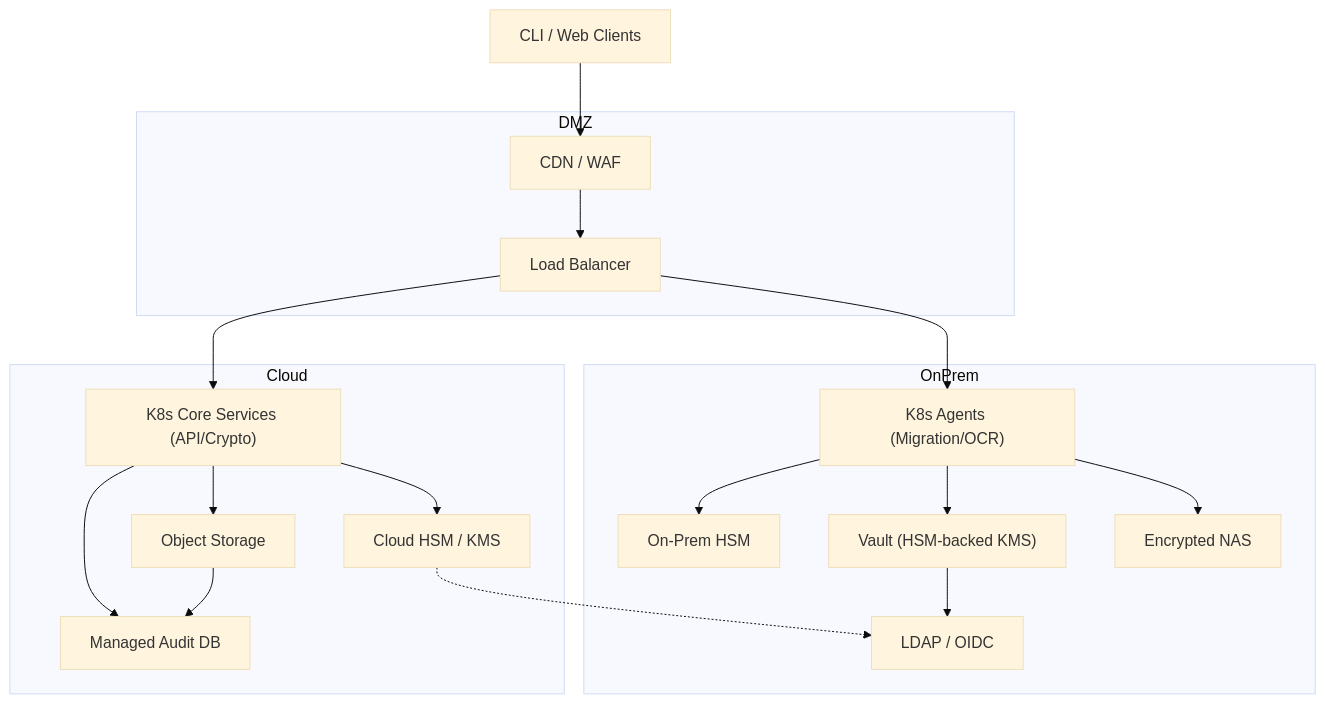
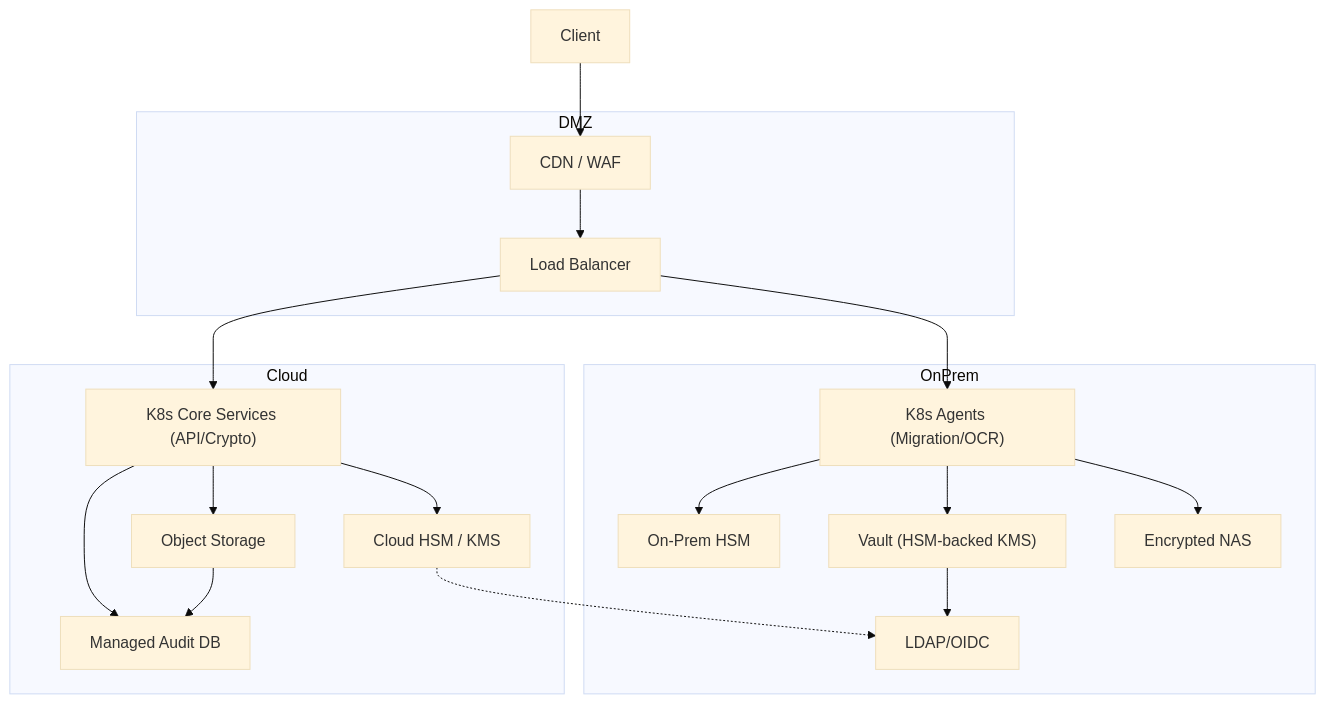
Before and after one commit to Sharvil2704/SNDL_shield: the third of 4 diagrams in design.md, drawn with Mermaid (base theme). The commit also changed other lines of this file, not shown here.

````diff
--- a/design.md
+++ b/design.md
@@ -124,28 +164,35 @@
 ```mermaid
 flowchart TB
   subgraph DMZ
     CDN["CDN / WAF"]
     LB["Load Balancer"]
   end
+
   subgraph OnPrem
     K8sOn["K8s Agents (Migration/OCR)"]
-    HSMOn["On‑Prem HSM"]
-    Vault["Vault (HSM‑backed KMS)"]
-    LDAP["LDAP / OIDC"]
+    HSMOn["On-Prem HSM"]
+    Vault["Vault (HSM-backed KMS)"]
+    LDAP["LDAP/OIDC"]
     NAS["Encrypted NAS"]
   end
+
   subgraph Cloud
     K8sCloud["K8s Core Services (API/Crypto)"]
     KMS["Cloud HSM / KMS"]
     Store["Object Storage"]
     DB["Managed Audit DB"]
   end
-  Client["CLI / Web Clients"] --> CDN --> LB
-  LB --> K8sOn
-  LB --> K8sCloud
-  K8sOn --> HSMOn & Vault & NAS
-  K8sCloud --> KMS & Store & DB
-  Vault --> LDAP
-  KMS -.-> LDAP
-  Store --> DB
+
+  Client-->CDN-->LB
+  LB-->K8sOn
+  LB-->K8sCloud
+  K8sOn-->HSMOn
+  K8sOn-->Vault
+  K8sOn-->NAS
+  K8sCloud-->KMS
+  K8sCloud-->Store
+  K8sCloud-->DB
+  Vault-->LDAP
+  KMS-.->LDAP
+  Store-->DB
 ```
````
